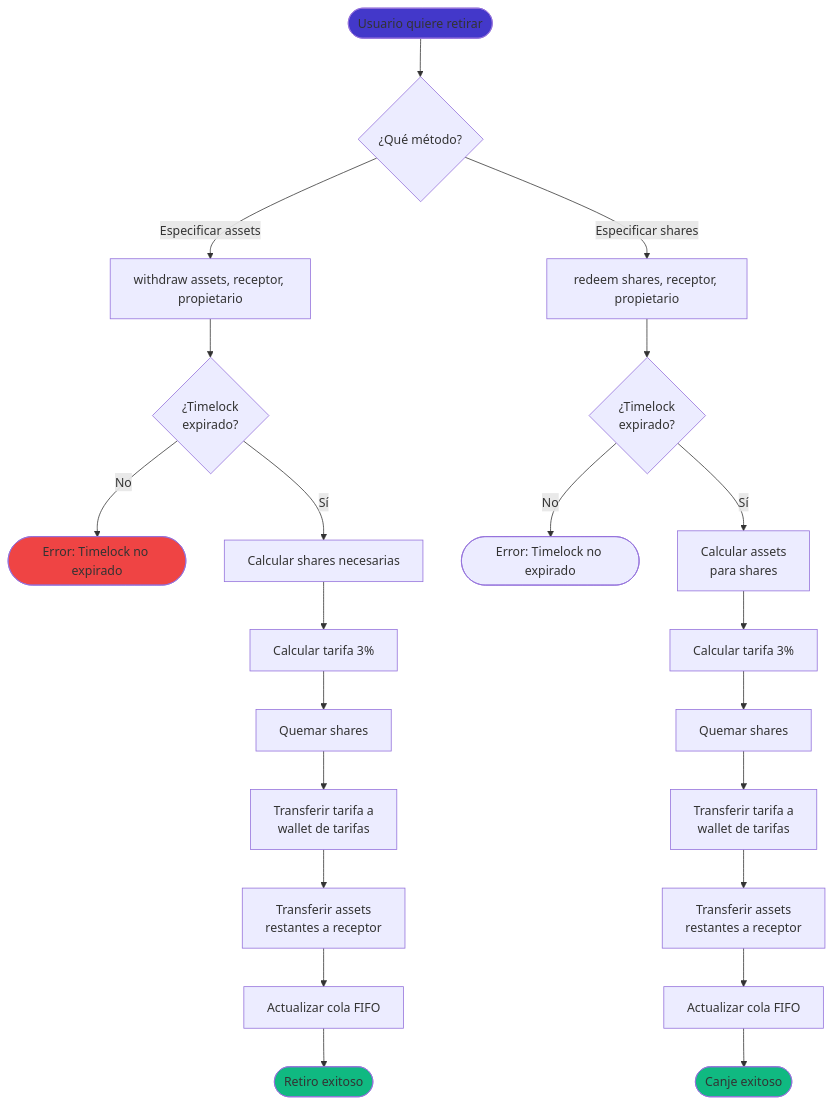
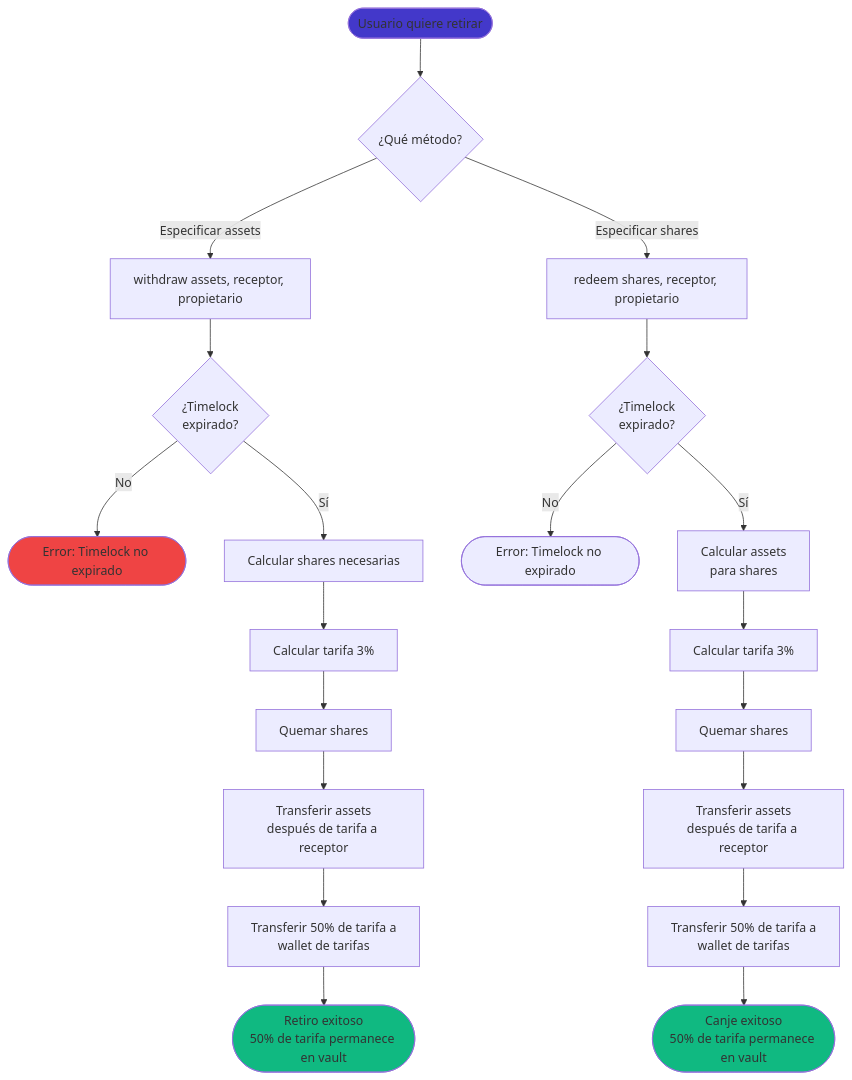
Before and after one commit to PelonClub/PelonClub-BaseNetwork-Monorepo: the fifth of 5 diagrams in docs/es/guia-usuario-vault-staking.md, drawn with Mermaid. The commit also changed other lines of this file and 9 other files, not shown here.

````diff
--- a/docs/es/guia-usuario-vault-staking.md
+++ b/docs/es/guia-usuario-vault-staking.md
@@ -401,32 +359,30 @@
 ```mermaid
 flowchart TD
     Inicio([Usuario quiere retirar]) --> Elegir{¿Qué método?}
     
     Elegir -->|Especificar assets| Retirar[withdraw assets, receptor, propietario]
     Elegir -->|Especificar shares| Canjear[redeem shares, receptor, propietario]
     
     Retirar --> VerificarTimelock{¿Timelock<br/>expirado?}
     VerificarTimelock -->|No| Error1([Error: Timelock no expirado])
     VerificarTimelock -->|Sí| CalcularShares[Calcular shares necesarias]
     CalcularShares --> CalcularTarifa[Calcular tarifa 3%]
     CalcularTarifa --> QuemarShares[Quemar shares]
-    QuemarShares --> TransferirTarifa[Transferir tarifa a<br/>wallet de tarifas]
-    TransferirTarifa --> TransferirAssets[Transferir assets<br/>restantes a receptor]
-    TransferirAssets --> ActualizarFIFO[Actualizar cola FIFO]
-    ActualizarFIFO --> Exito1([Retiro exitoso])
+    QuemarShares --> TransferirAssets[Transferir assets<br/>después de tarifa a receptor]
+    TransferirAssets --> TransferirTarifa[Transferir 50% de tarifa a<br/>wallet de tarifas]
+    TransferirTarifa --> Exito1([Retiro exitoso<br/>50% de tarifa permanece en vault])
     
     Canjear --> VerificarTimelock2{¿Timelock<br/>expirado?}
     VerificarTimelock2 -->|No| Error2([Error: Timelock no expirado])
     VerificarTimelock2 -->|Sí| CalcularAssets[Calcular assets<br/>para shares]
     CalcularAssets --> CalcularTarifa2[Calcular tarifa 3%]
     CalcularTarifa2 --> QuemarShares2[Quemar shares]
-    QuemarShares2 --> TransferirTarifa2[Transferir tarifa a<br/>wallet de tarifas]
-    TransferirTarifa2 --> TransferirAssets2[Transferir assets<br/>restantes a receptor]
-    TransferirAssets2 --> ActualizarFIFO2[Actualizar cola FIFO]
-    ActualizarFIFO2 --> Exito2([Canje exitoso])
+    QuemarShares2 --> TransferirAssets2[Transferir assets<br/>después de tarifa a receptor]
+    TransferirAssets2 --> TransferirTarifa2[Transferir 50% de tarifa a<br/>wallet de tarifas]
+    TransferirTarifa2 --> Exito2([Canje exitoso<br/>50% de tarifa permanece en vault])
     
     style Inicio fill:#4338ca
     style Exito1 fill:#10b981
     style Exito2 fill:#10b981
     style Error1 fill:#ef4444
 ```
````
